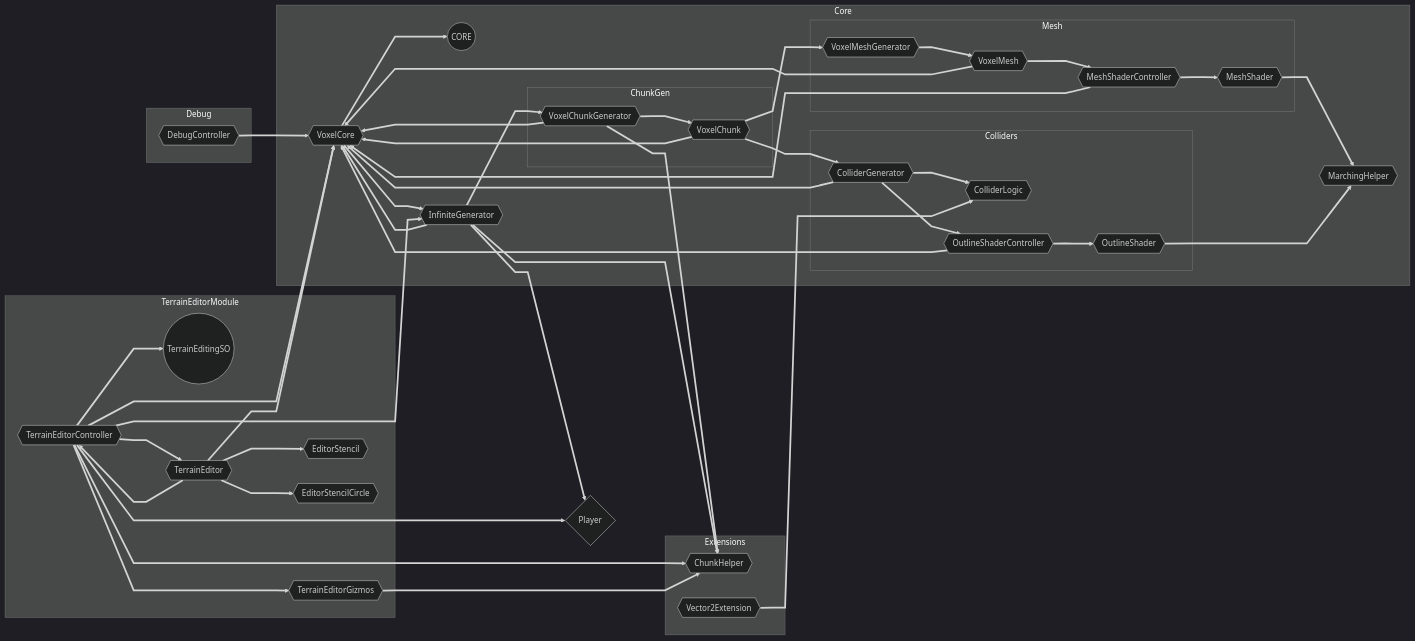
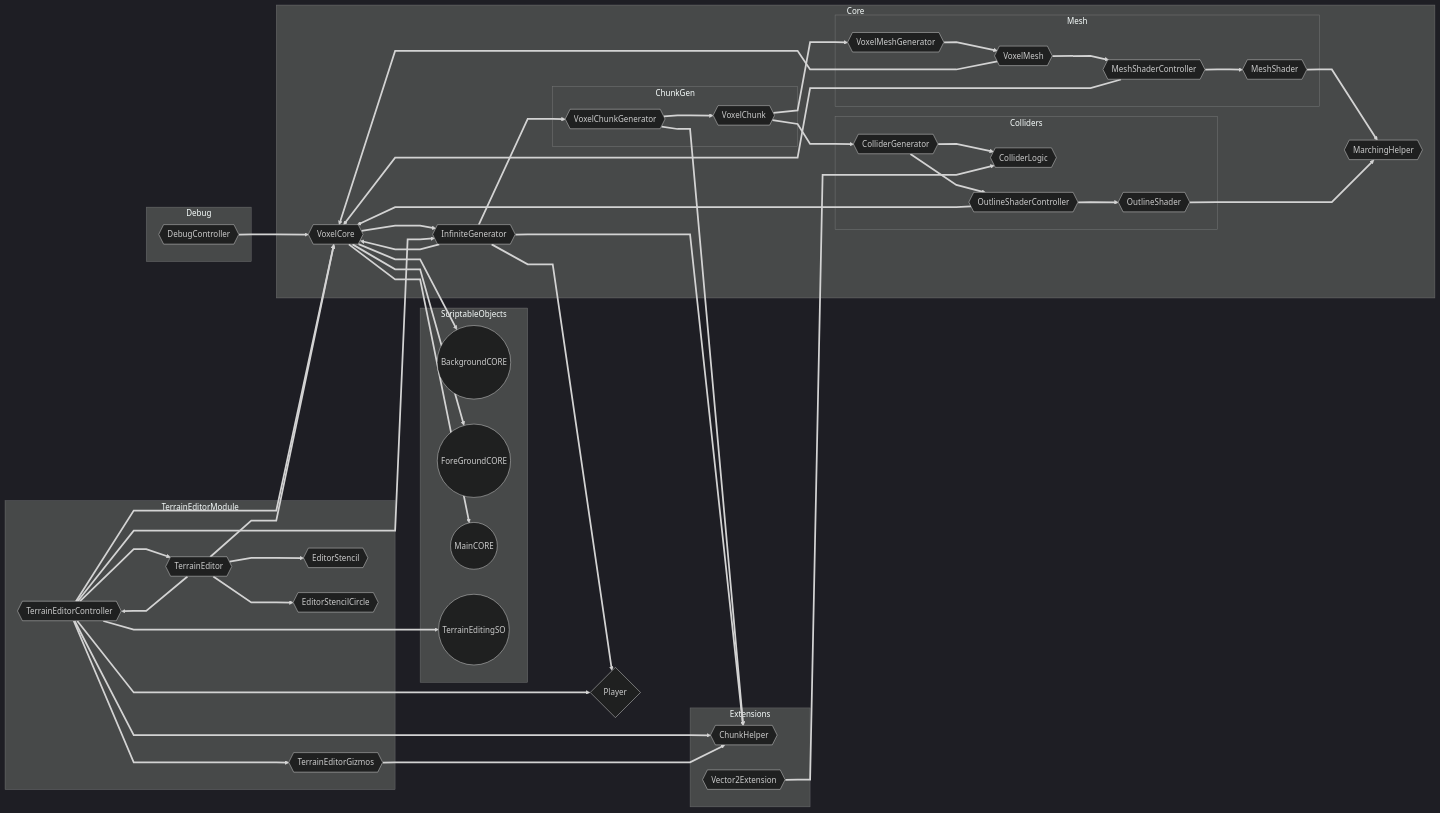
One commit to joesobo/Marching-Squares-2.0 changed the diagram in Assets/Graphs/CORE.md. Above: the diagram before and after it, drawn with Mermaid (dark theme). The commit also changed 27 other files, not shown here.

```diff
--- a/Assets/Graphs/CORE.md
+++ b/Assets/Graphs/CORE.md
@@ -3,9 +3,16 @@
   %% Config
   linkStyle default interpolate linear;
 
+  %% ScriptableObjects
+  subgraph ScriptableObjects
+    BackgroundCORE((BackgroundCORE));
+    ForeGroundCORE((ForeGroundCORE));
+    MainCORE((MainCORE));
+    TerrainEditingSO((TerrainEditingSO));
+  end
+
   %% Core Utilities
   subgraph Core
-    CORE((CORE));
     VoxelCore{{VoxelCore}};
     InfiniteGenerator{{InfiniteGenerator}};
 
@@ -44,7 +51,6 @@
 
   %% Terrain Editor
   subgraph TerrainEditorModule
-    TerrainEditingSO((TerrainEditingSO));
     TerrainEditorController{{TerrainEditorController}};
     TerrainEditorGizmos{{TerrainEditorGizmos}};
     TerrainEditor{{TerrainEditor}};
@@ -55,7 +61,9 @@
   Player{Player};
 
   %% Core Connections
-  VoxelCore ==> CORE;
+  VoxelCore ==> BackgroundCORE;
+  VoxelCore ==> ForeGroundCORE;
+  VoxelCore ==> MainCORE;
   VoxelCore ==> InfiniteGenerator;
 
   InfiniteGenerator ==> VoxelCore;
@@ -63,15 +71,12 @@
   InfiniteGenerator ==> Player;
   InfiniteGenerator ==> ChunkHelper;
 
-  VoxelChunkGenerator ==> VoxelCore;
   VoxelChunkGenerator ==> VoxelChunk;
   VoxelChunkGenerator ==> ChunkHelper;
 
-  VoxelChunk ==> VoxelCore;
   VoxelChunk ==> ColliderGenerator;
   VoxelChunk ==> VoxelMeshGenerator;
 
-  ColliderGenerator ==> VoxelCore;
   ColliderGenerator ==> ColliderLogic;
   ColliderGenerator ==> OutlineShaderController;
 
```
